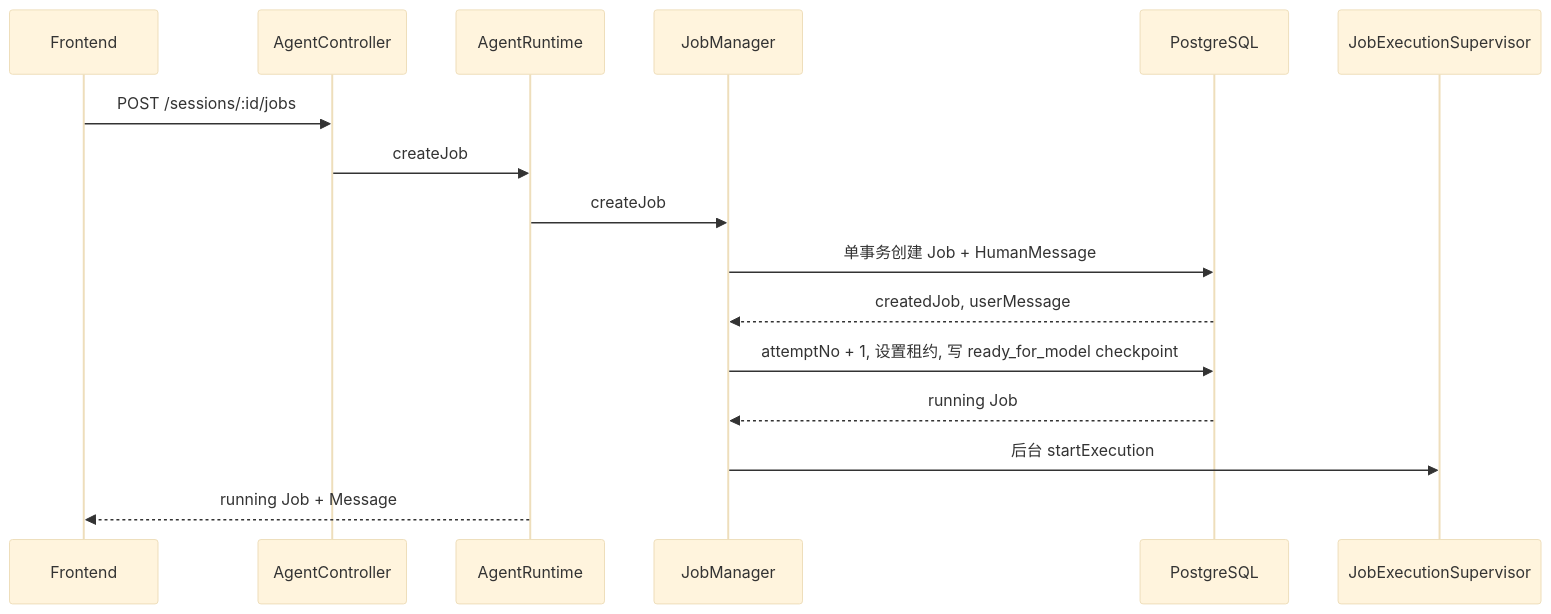
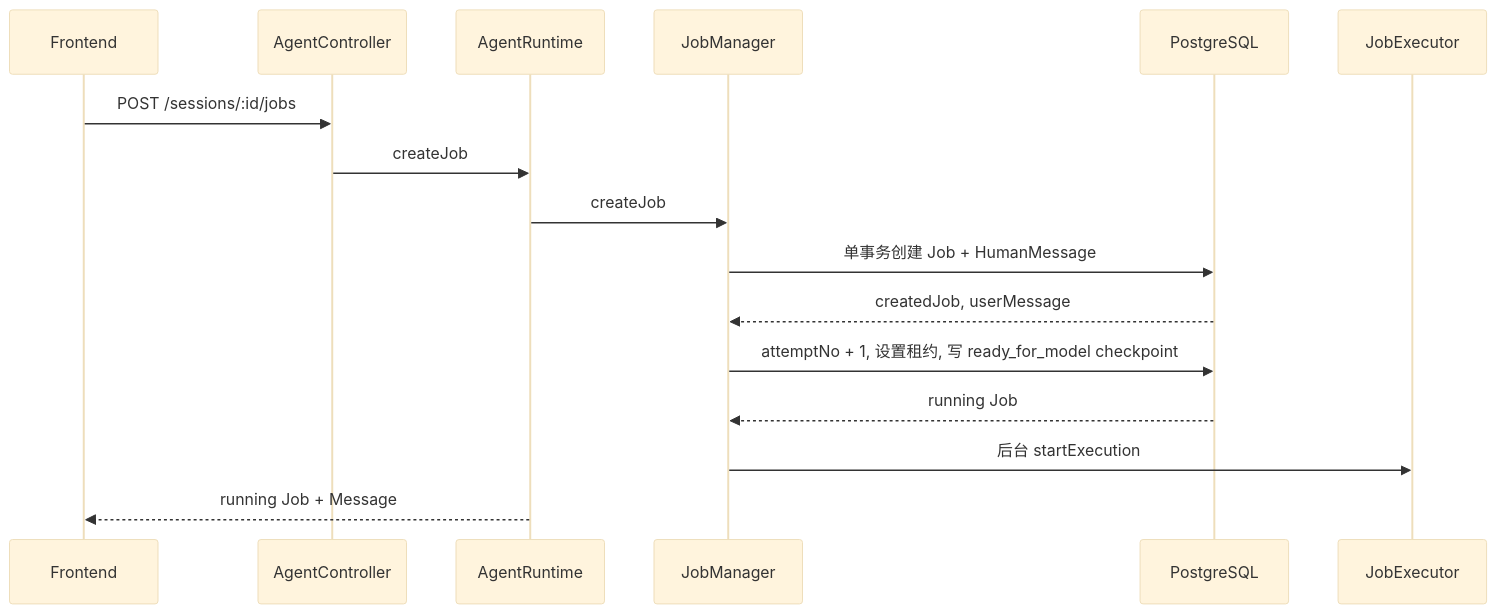
One commit to lucyonegit/agent-runtime-v2 changed the third of 13 diagrams in docs/00-current-runtime-full-chain.md. Above: the diagram before and after it, drawn with Mermaid (base theme). The commit also changed other lines of this file and 27 other files, not shown here.

```diff
--- a/docs/00-current-runtime-full-chain.md
+++ b/docs/00-current-runtime-full-chain.md
@@ -340,19 +340,19 @@
 ~~~mermaid
 sequenceDiagram
     participant UI as Frontend
     participant HTTP as AgentController
     participant AR as AgentRuntime
     participant JM as JobManager
     participant DB as PostgreSQL
-    participant BG as JobExecutionSupervisor
+    participant BG as JobExecutor
 
     UI->>HTTP: POST /sessions/:id/jobs
     HTTP->>AR: createJob
     AR->>JM: createJob
     JM->>DB: 单事务创建 Job + HumanMessage
     DB-->>JM: createdJob, userMessage
     JM->>DB: attemptNo + 1, 设置租约, 写 ready_for_model checkpoint
     DB-->>JM: running Job
     JM->>BG: 后台 startExecution
     AR-->>UI: running Job + Message
 ~~~
```
